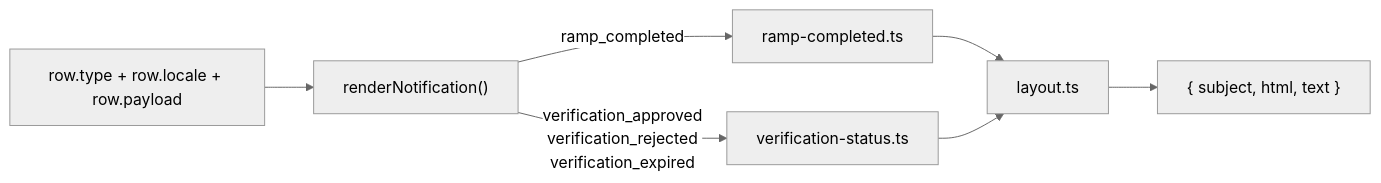
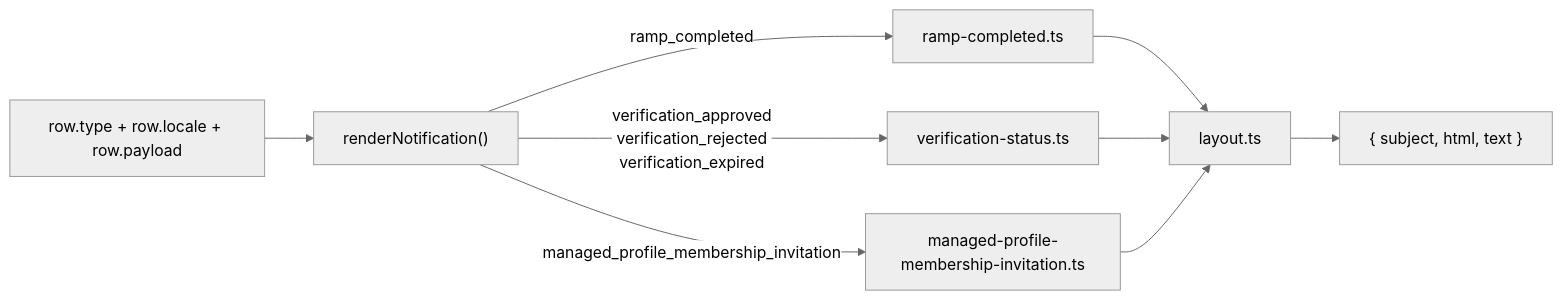
The eighth of 8 diagrams in docs/architecture-email-notifications.md (pendulum-chain/vortex), drawn with Mermaid (neutral theme) before and after one commit. The commit also changed other lines of this file and 20 other files, not shown here.

Commit message:
docs(repo): define managed profile membership contract

````diff
--- a/docs/architecture-email-notifications.md
+++ b/docs/architecture-email-notifications.md
@@ -408,9 +421,11 @@
 ```mermaid
 flowchart LR
   N["row.type + row.locale + row.payload"] --> RN["renderNotification()"]
   RN -->|"ramp_completed"| T1["ramp-completed.ts"]
   RN -->|"verification_approved<br/>verification_rejected<br/>verification_expired"| T2["verification-status.ts"]
+  RN -->|"managed_profile_membership_invitation"| T3["managed-profile-membership-invitation.ts"]
   T1 --> L["layout.ts"]
   T2 --> L
+  T3 --> L
   L --> O["{ subject, html, text }"]
 ```
````
